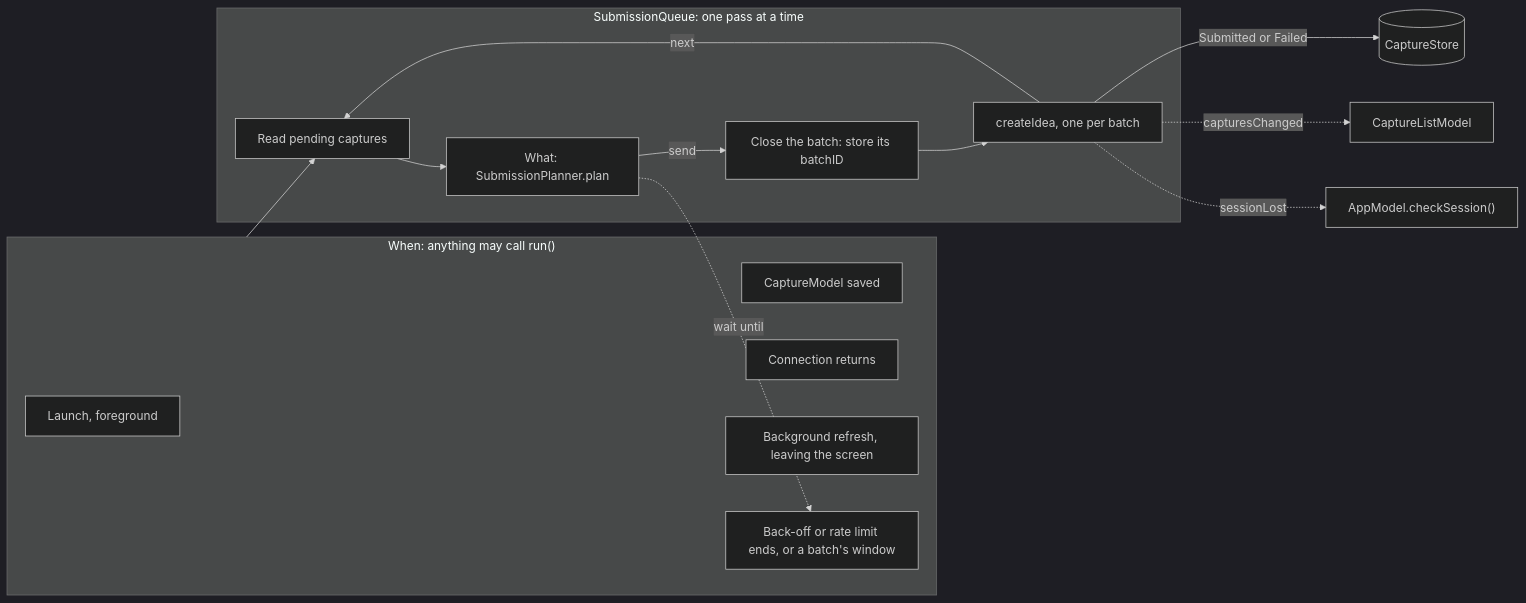
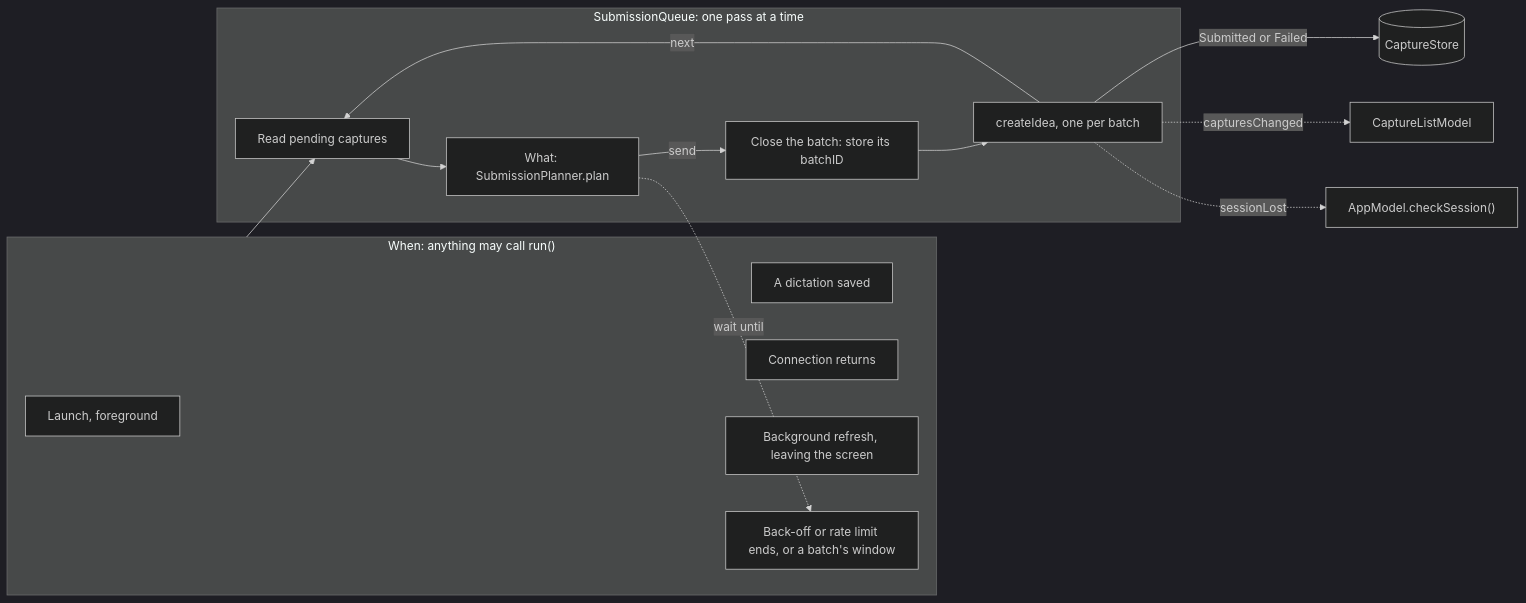
The fourth of 6 diagrams in docs/architecture.md (southp/buffer-snap), drawn with Mermaid (dark theme) before and after one commit. The commit also changed other lines of this file and 3 other files, not shown here.

````diff
--- a/docs/architecture.md
+++ b/docs/architecture.md
@@ -166,23 +160,23 @@
 ```mermaid
 flowchart LR
     subgraph when["When: anything may call run()"]
         Launch["Launch, foreground"]
-        Saved["CaptureModel saved"]
+        Saved["A dictation saved"]
         Back["Connection returns"]
         Bg["Background refresh, leaving the screen"]
         Timer["Back-off or rate limit ends, or a batch's window"]
     end
     subgraph queue["SubmissionQueue: one pass at a time"]
         Read["Read pending captures"]
         Planner["What: SubmissionPlanner.plan"]
         Close["Close the batch: store its batchID"]
         Send["createIdea, one per batch"]
         Read --> Planner -->|"send"| Close --> Send
         Send -->|next| Read
     end
     when --> Read
     Send -->|"Submitted or Failed"| Store[("CaptureStore")]
     Send -.->|"capturesChanged"| List["CaptureListModel"]
     Send -.->|"sessionLost"| Check["AppModel.checkSession()"]
     Planner -.->|"wait until"| Timer
 ```
````
